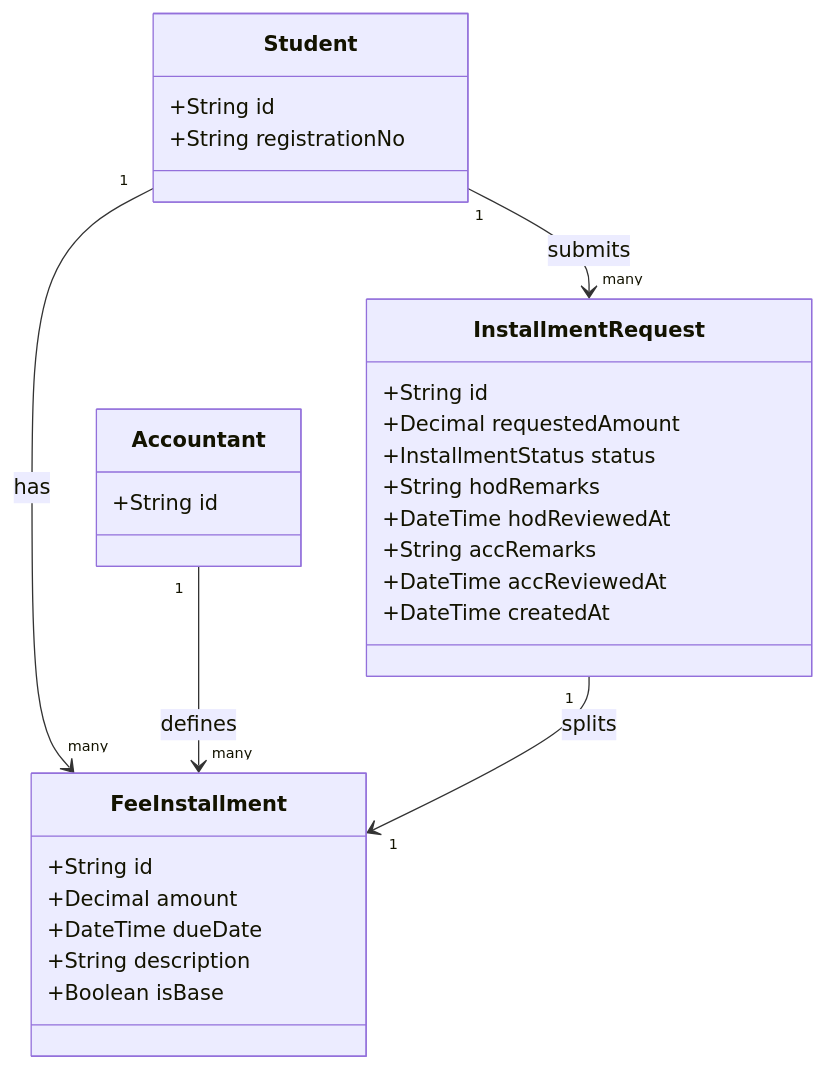
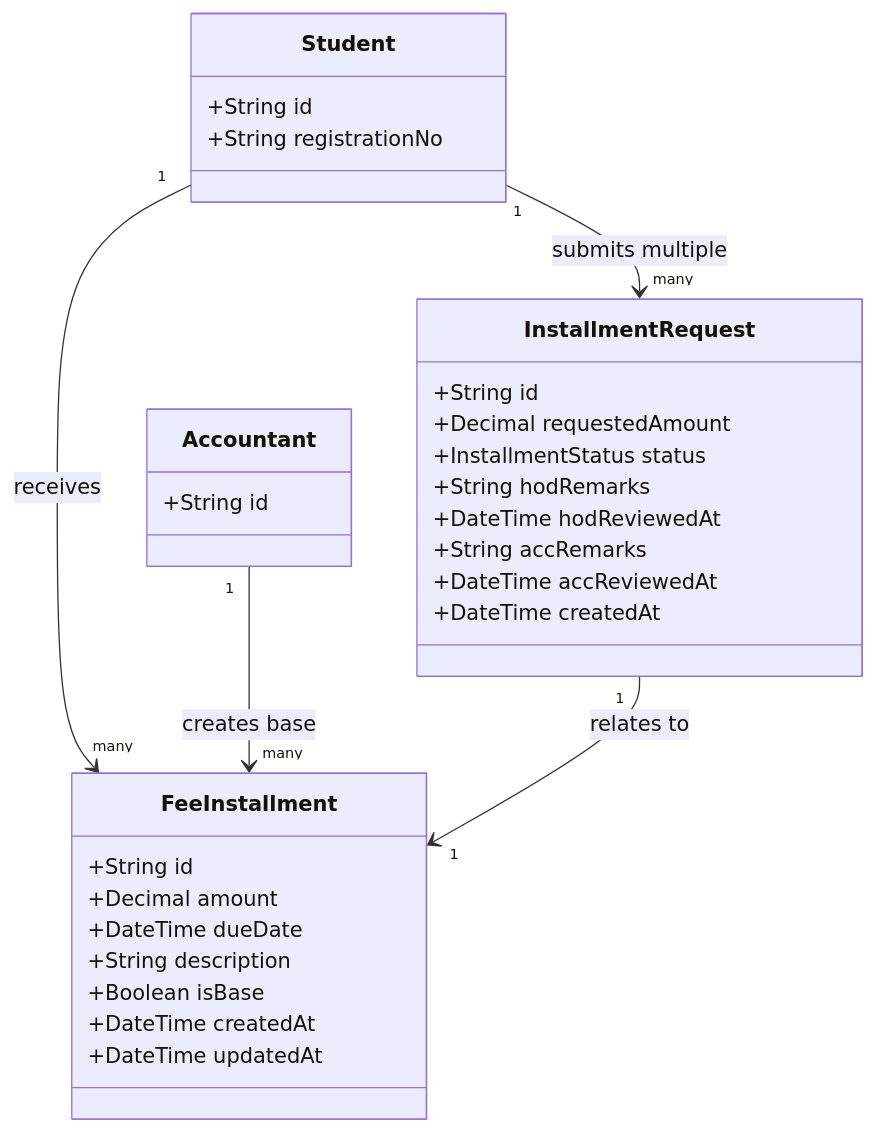
Before and after one commit to Ali1raz/portal-cui: the sixth of 6 diagrams in docs/04-class-diagrams.md, drawn with Mermaid. The commit also changed other lines of this file and 6 other files, not shown here.

Commit message:
(docs): update user flows

````diff
--- a/docs/04-class-diagrams.md
+++ b/docs/04-class-diagrams.md
@@ -310,35 +311,37 @@
 ```mermaid
 classDiagram
     class FeeInstallment {
         +String id
         +Decimal amount
         +DateTime dueDate
         +String description
         +Boolean isBase
+        +DateTime createdAt
+        +DateTime updatedAt
     }
 
     class InstallmentRequest {
         +String id
         +Decimal requestedAmount
         +InstallmentStatus status
         +String hodRemarks
         +DateTime hodReviewedAt
         +String accRemarks
         +DateTime accReviewedAt
         +DateTime createdAt
     }
 
     class Student {
         +String id
         +String registrationNo
     }
 
     class Accountant {
         +String id
     }
 
-    Student "1" --> "many" FeeInstallment : has
-    Student "1" --> "many" InstallmentRequest : submits
-    Accountant "1" --> "many" FeeInstallment : defines
-    InstallmentRequest "1" --> "1" FeeInstallment : splits
+    Student "1" --> "many" FeeInstallment : receives
+    Student "1" --> "many" InstallmentRequest : submits multiple
+    Accountant "1" --> "many" FeeInstallment : creates base
+    InstallmentRequest "1" --> "1" FeeInstallment : relates to
 ```
````
